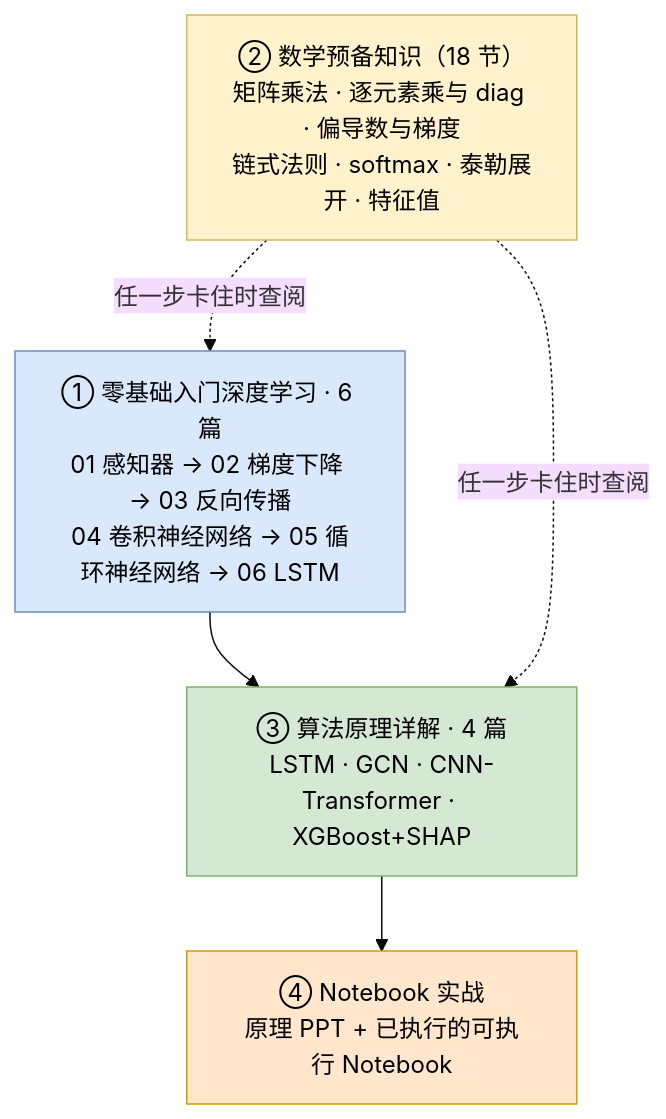
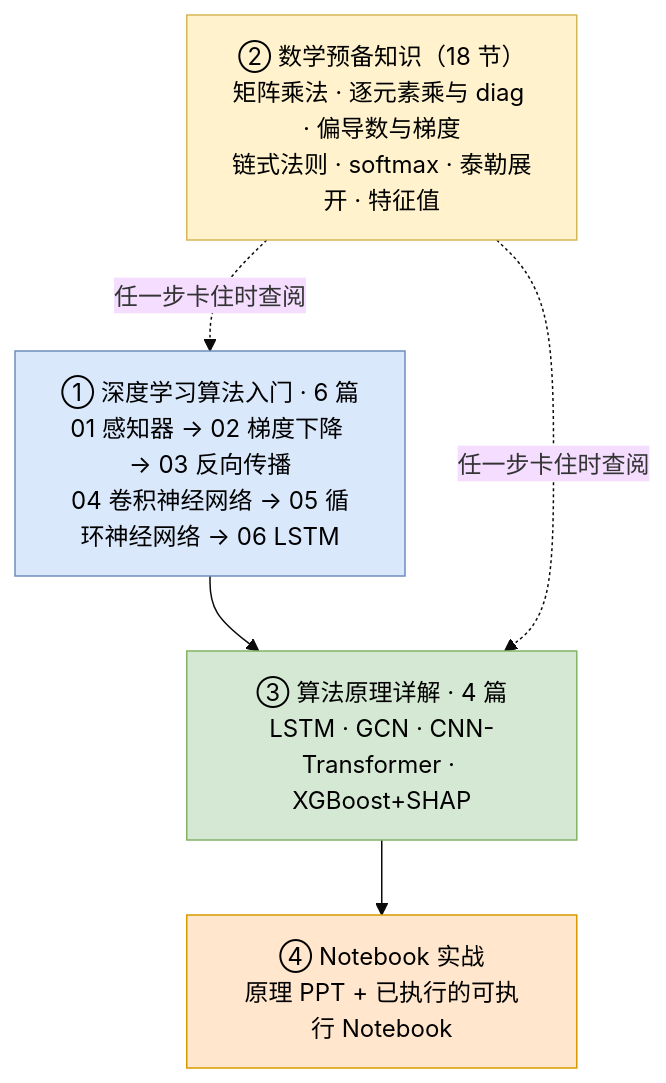
Before and after one commit to georisk-zsh/dl-geo: the diagram in README.md, drawn with Mermaid (base theme). The commit also changed other lines of this file and 12 other files, not shown here.

````diff
--- a/README.md
+++ b/README.md
@@ -96,15 +114,15 @@
 ```mermaid
 flowchart TB
-  L1["① 零基础入门深度学习 · 6 篇<br/>01 感知器 → 02 梯度下降 → 03 反向传播<br/>04 卷积神经网络 → 05 循环神经网络 → 06 LSTM"]
+  L1["① 深度学习算法入门 · 6 篇<br/>01 感知器 → 02 梯度下降 → 03 反向传播<br/>04 卷积神经网络 → 05 循环神经网络 → 06 LSTM"]
   L3["③ 算法原理详解 · 4 篇<br/>LSTM · GCN · CNN-Transformer · XGBoost+SHAP"]
   L4["④ Notebook 实战<br/>原理 PPT + 已执行的可执行 Notebook"]
   L2["② 数学预备知识（18 节）<br/>矩阵乘法 · 逐元素乘与 diag · 偏导数与梯度<br/>链式法则 · softmax · 泰勒展开 · 特征值"]
   L1 --> L3 --> L4
   L2 -.->|"任一步卡住时查阅"| L1
   L2 -.->|"任一步卡住时查阅"| L3
 
   style L1 fill:#dae8fc,stroke:#6c8ebf,color:#000
   style L2 fill:#fff2cc,stroke:#d6b656,color:#000
   style L3 fill:#d5e8d4,stroke:#82b366,color:#000
   style L4 fill:#ffe6cc,stroke:#d79b00,color:#000
 ```
````
